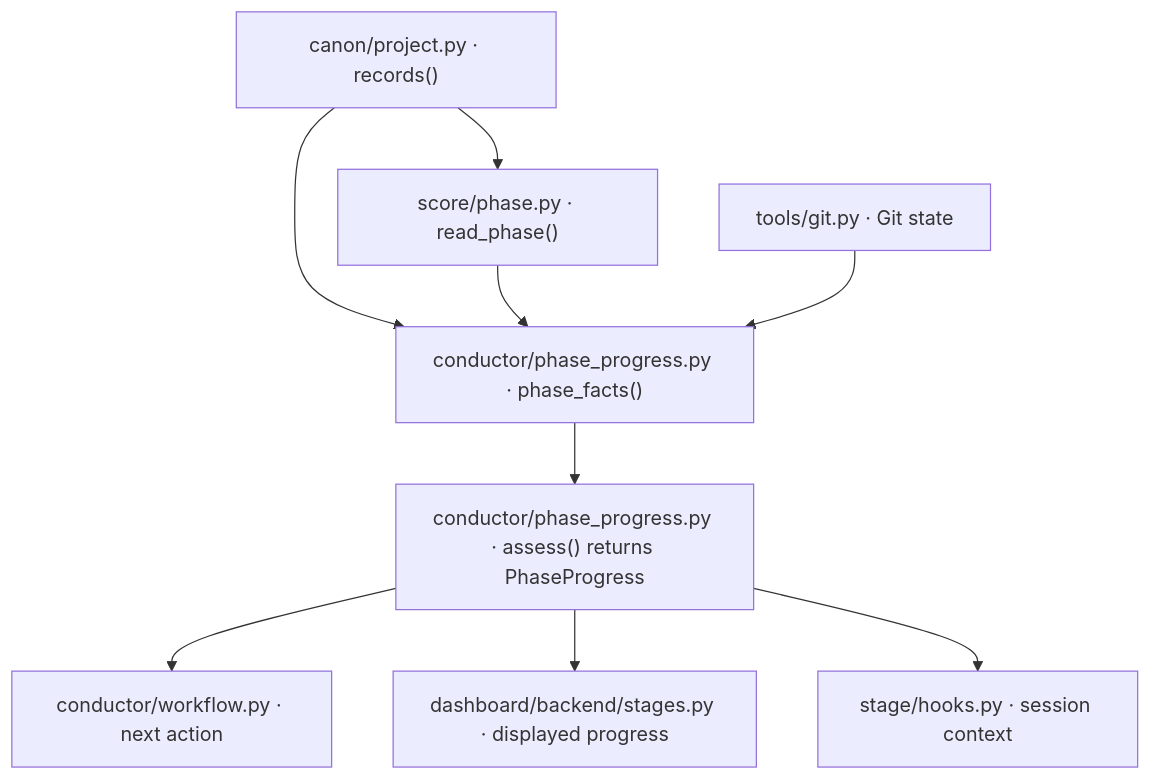
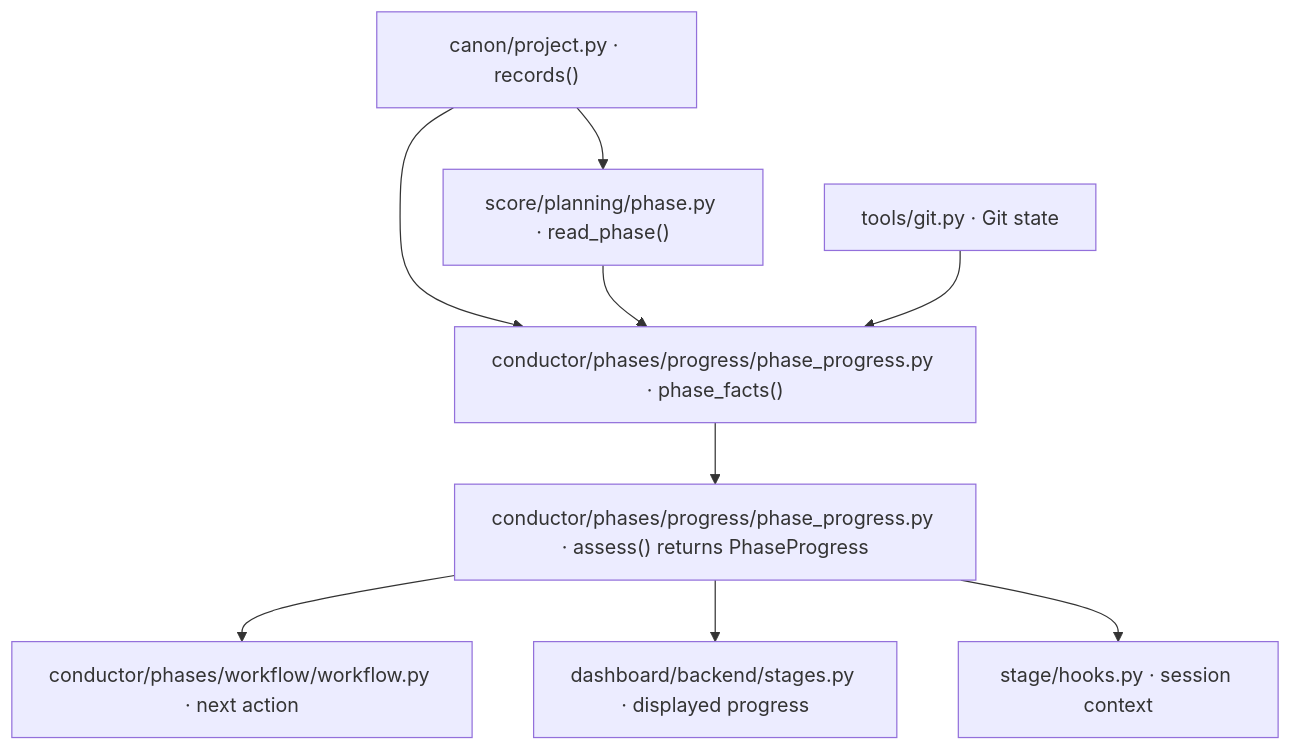
Before and after one commit to andrewy1n/orchestra: the second of 2 diagrams in ARCHITECTURE.md, drawn with Mermaid. The commit also changed other lines of this file, not shown here.

Commit message:
docs: clarify Orchestra architecture (#113)

````diff
--- a/ARCHITECTURE.md
+++ b/ARCHITECTURE.md
@@ -43,11 +27,11 @@
 ```mermaid
 flowchart TD
-    Store["canon/project.py · records()"] --> Phase["score/phase.py · read_phase()"]
-    Store --> Facts["conductor/phase_progress.py · phase_facts()"]
+    Store["canon/project.py · records()"] --> Phase["score/planning/phase.py · read_phase()"]
+    Store --> Facts["conductor/phases/progress/phase_progress.py · phase_facts()"]
     Phase --> Facts
     Git["tools/git.py · Git state"] --> Facts
-    Facts --> Progress["conductor/phase_progress.py · assess() returns PhaseProgress"]
-    Progress --> Workflow["conductor/workflow.py · next action"]
+    Facts --> Progress["conductor/phases/progress/phase_progress.py · assess() returns PhaseProgress"]
+    Progress --> Workflow["conductor/phases/workflow/workflow.py · next action"]
     Progress --> Dashboard["dashboard/backend/stages.py · displayed progress"]
     Progress --> Handoff["stage/hooks.py · session context"]
 ```
````
